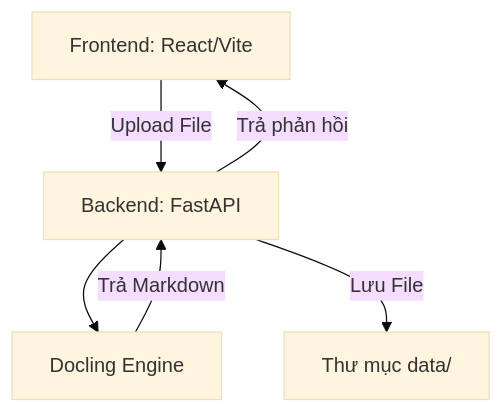
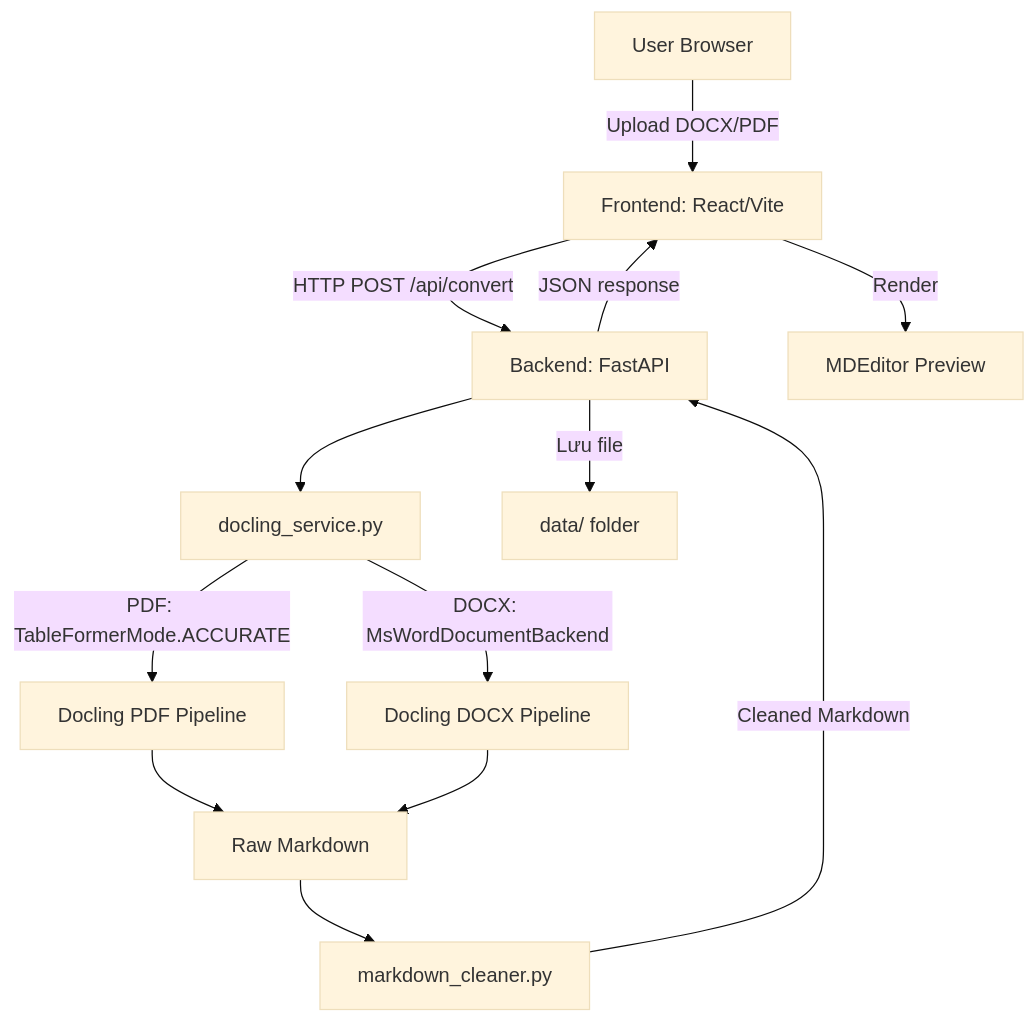
One commit to danghoangsqtt-sys/dhsystem_mdconverter changed the first of 2 diagrams in .viepilot/ARCHITECTURE.md. Above: the diagram before and after it, drawn with Mermaid (base theme). The commit also changed other lines of this file and 19 other files, not shown here.

First line of the commit message:
feat: new logo, rewrite README, fix DOCX table content loss

````diff
--- a/.viepilot/ARCHITECTURE.md
+++ b/.viepilot/ARCHITECTURE.md
@@ -8,8 +12,15 @@
 ```mermaid
 graph TD
-    UI[Frontend: React/Vite] -->|Upload File| API[Backend: FastAPI]
-    API --> Docling[Docling Engine]
-    Docling -->|Trả Markdown| API
-    API -->|Lưu File| Storage[Thư mục data/]
-    API -->|Trả phản hồi| UI
+    User[User Browser] -->|Upload DOCX/PDF| Frontend[Frontend: React/Vite]
+    Frontend -->|HTTP POST /api/convert| Backend[Backend: FastAPI]
+    Backend --> DoclingService[docling_service.py]
+    DoclingService -->|PDF: TableFormerMode.ACCURATE| DoclingPDF[Docling PDF Pipeline]
+    DoclingService -->|DOCX: MsWordDocumentBackend| DoclingDOCX[Docling DOCX Pipeline]
+    DoclingPDF --> RawMD[Raw Markdown]
+    DoclingDOCX --> RawMD
+    RawMD --> Cleaner[markdown_cleaner.py]
+    Cleaner -->|Cleaned Markdown| Backend
+    Backend -->|Lưu file| Storage[data/ folder]
+    Backend -->|JSON response| Frontend
+    Frontend -->|Render| MDEditor[MDEditor Preview]
 ```
````
